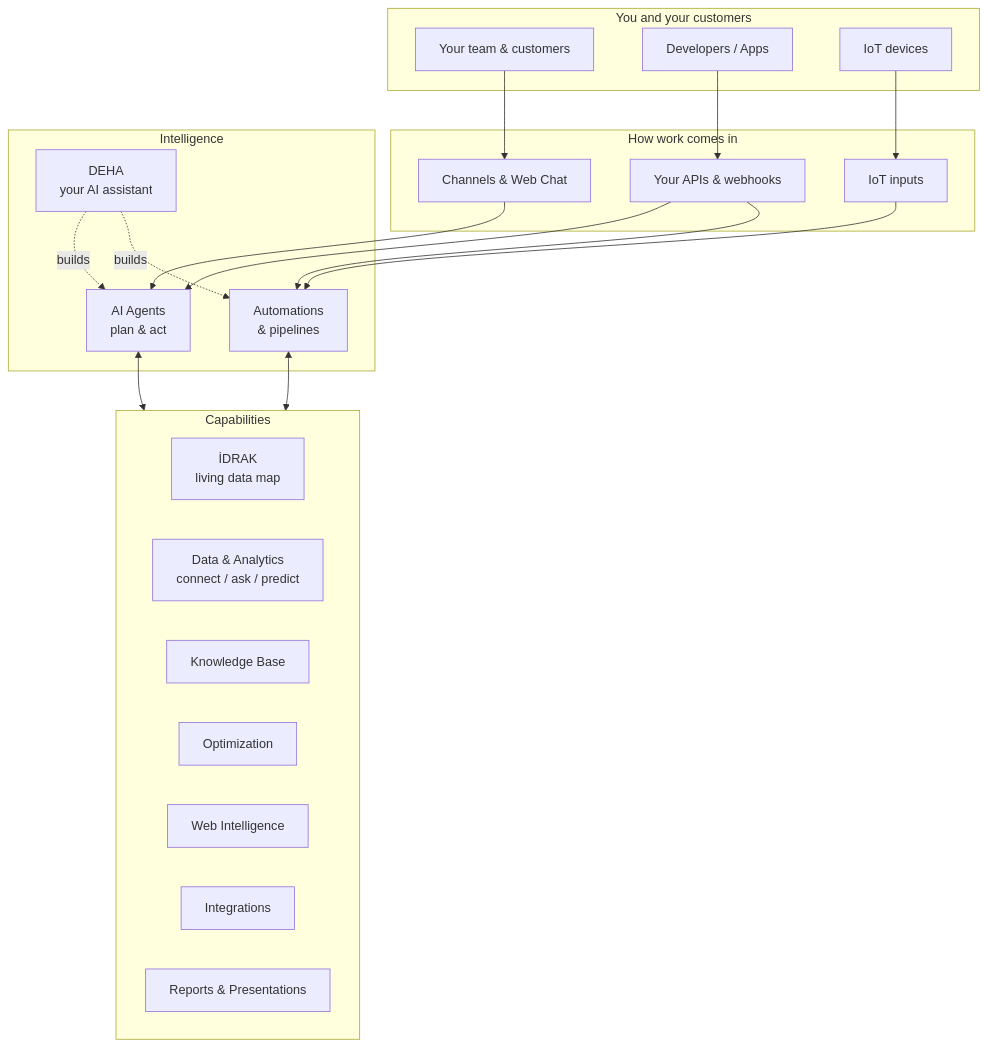
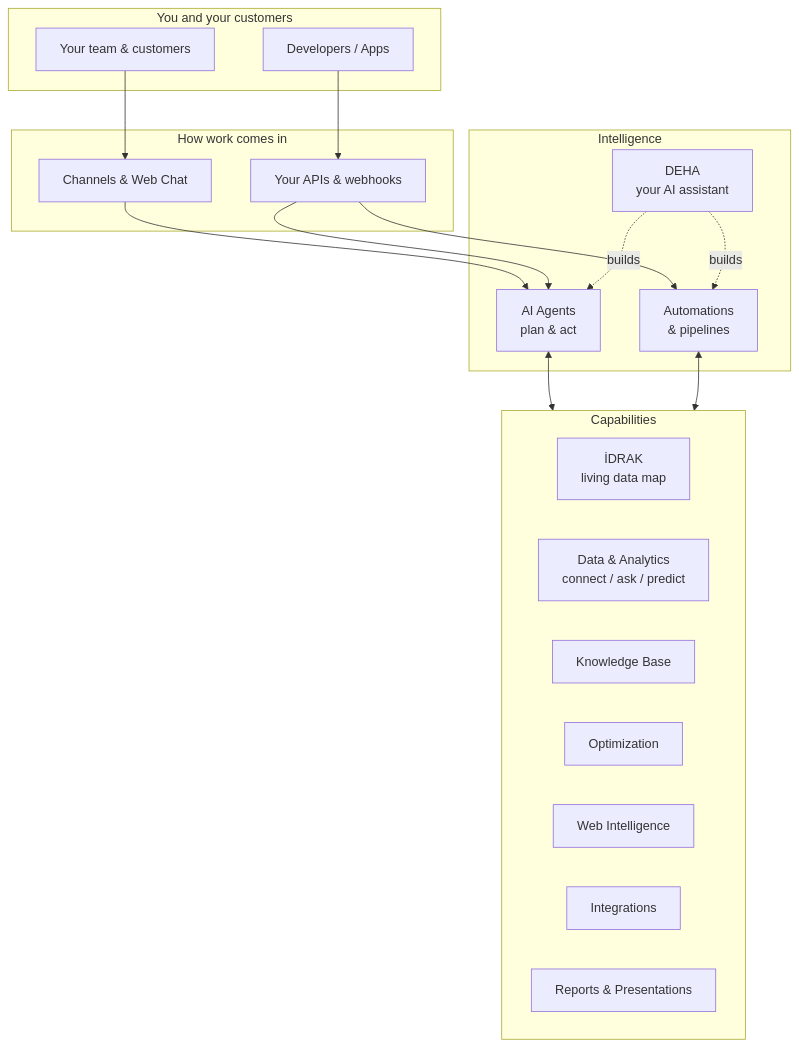
Before and after one commit to marmancakbay/mintlify-docs: the diagram in platform-overview.mdx, drawn with Mermaid. The commit also changed other lines of this file and 110 other files, not shown here.

````diff
--- a/platform-overview.mdx
+++ b/platform-overview.mdx
@@ -18,42 +18,38 @@
 ```mermaid
 flowchart TB
     subgraph You["You and your customers"]
         User[Your team & customers]
         Devs[Developers / Apps]
-        Things[IoT devices]
     end
 
     subgraph Entry["How work comes in"]
         Channels[Channels & Web Chat]
-        IoT[IoT inputs]
         API[Your APIs & webhooks]
     end
 
     subgraph Brain["Intelligence"]
         DEHA[DEHA<br/>your AI assistant]
         Agents[AI Agents<br/>plan & act]
         Pipelines[Automations<br/>& pipelines]
     end
 
     subgraph Capability["Capabilities"]
         Idrak[İDRAK<br/>living data map]
         Data[Data & Analytics<br/>connect / ask / predict]
         Knowledge[Knowledge Base]
         Optimize[Optimization]
         Web[Web Intelligence]
         Tools[Integrations]
         Sunu[Reports & Presentations]
     end
 
     User --> Channels
-    Things --> IoT
     Devs --> API
     Channels --> Agents
-    IoT --> Pipelines
     API --> Agents
     API --> Pipelines
     DEHA -.builds.-> Agents
     DEHA -.builds.-> Pipelines
     Agents <--> Capability
     Pipelines <--> Capability
 ```
````
